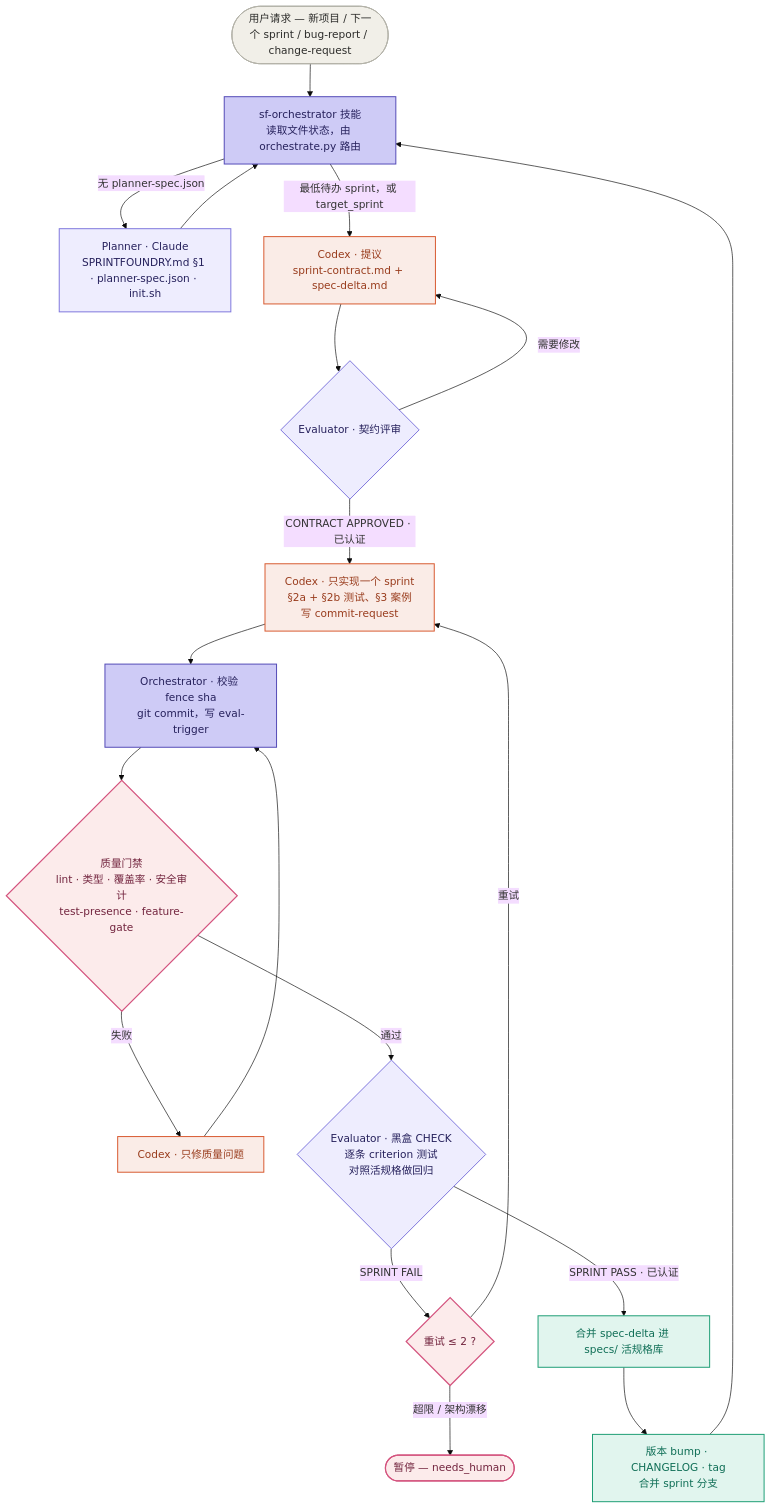
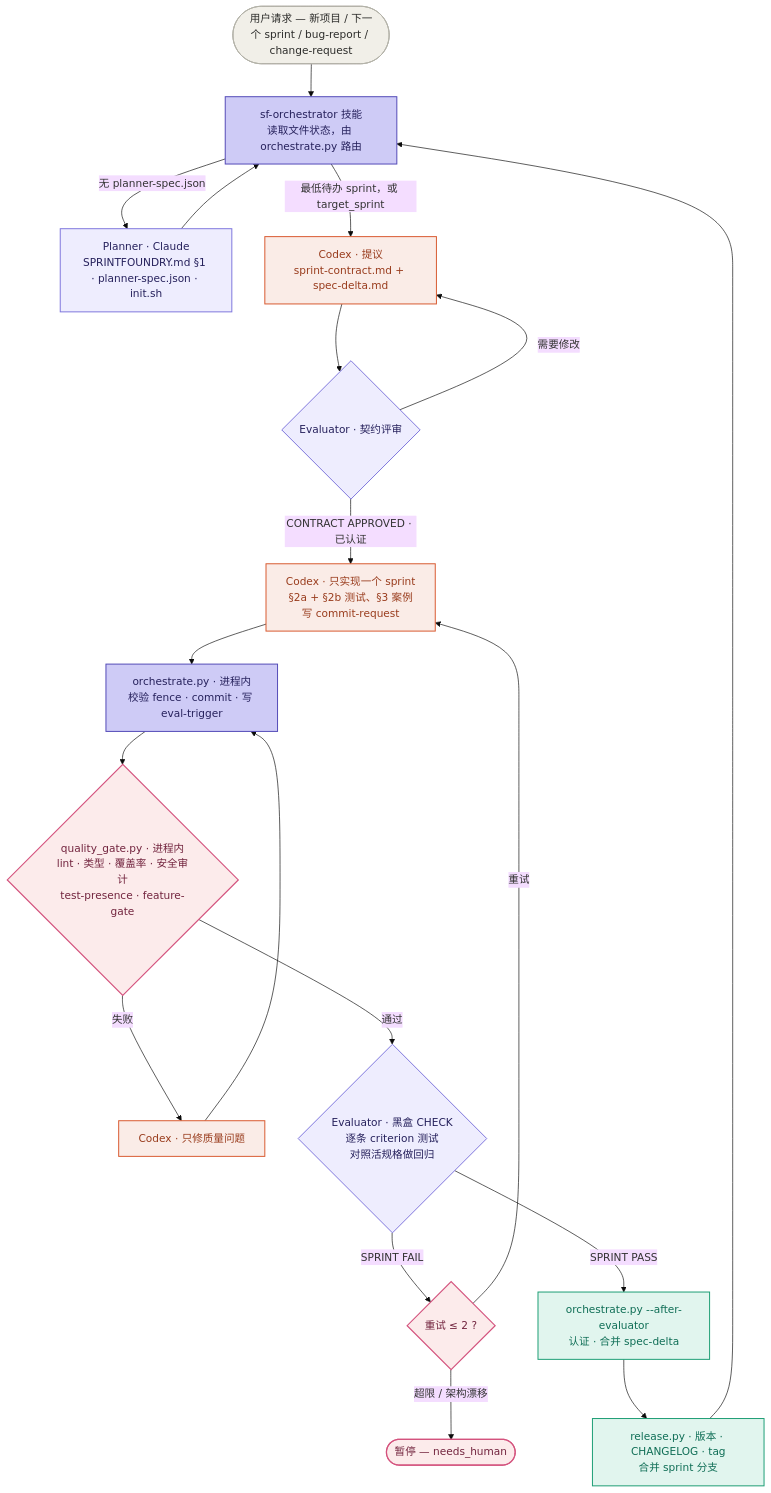
The diagram in README.zh-CN.md (YuSec2021/SprintFoundry), drawn with Mermaid (base theme) before and after one commit. The commit also changed other lines of this file and 1 other file, not shown here.

Commit message:
docs: document v3 execution architecture

````diff
--- a/README.zh-CN.md
+++ b/README.zh-CN.md
@@ -83,43 +95,43 @@
 ```mermaid
 flowchart TD
     U(["用户请求 — 新项目 / 下一个 sprint / bug-report / change-request"]) --> O
 
     O["sf-orchestrator 技能<br/>读取文件状态，由 orchestrate.py 路由"]
 
     O -->|无 planner-spec.json| PL["Planner · Claude<br/>SPRINTFOUNDRY.md §1 · planner-spec.json · init.sh"]
     PL --> O
 
     O -->|最低待办 sprint，或 target_sprint| PC["Codex · 提议<br/>sprint-contract.md + spec-delta.md"]
     PC --> CR{"Evaluator · 契约评审"}
     CR -->|需要修改| PC
     CR -->|CONTRACT APPROVED · 已认证| IM
 
     IM["Codex · 只实现一个 sprint<br/>§2a + §2b 测试、§3 案例<br/>写 commit-request"]
-    IM --> CM["Orchestrator · 校验 fence sha<br/>git commit，写 eval-trigger"]
-    CM --> QG{"质量门禁<br/>lint · 类型 · 覆盖率 · 安全审计<br/>test-presence · feature-gate"}
+    IM --> CM["orchestrate.py · 进程内<br/>校验 fence · commit · 写 eval-trigger"]
+    CM --> QG{"quality_gate.py · 进程内<br/>lint · 类型 · 覆盖率 · 安全审计<br/>test-presence · feature-gate"}
     QG -->|失败| QR["Codex · 只修质量问题"]
     QR --> CM
     QG -->|通过| EV{"Evaluator · 黑盒 CHECK<br/>逐条 criterion 测试<br/>对照活规格做回归"}
 
     EV -->|SPRINT FAIL| RT{"重试 ≤ 2 ?"}
     RT -->|重试| IM
     RT -->|超限 / 架构漂移| HP(["暂停 — needs_human"])
 
-    EV -->|SPRINT PASS · 已认证| MG["合并 spec-delta 进 specs/ 活规格库"]
-    MG --> VB["版本 bump · CHANGELOG · tag<br/>合并 sprint 分支"]
+    EV -->|SPRINT PASS| MG["orchestrate.py --after-evaluator<br/>认证 · 合并 spec-delta"]
+    MG --> VB["release.py · 版本 · CHANGELOG · tag<br/>合并 sprint 分支"]
     VB --> O
 
     classDef claude fill:#EEEDFE,stroke:#7F77DD,stroke-width:1.5px,color:#26215C
     classDef codex fill:#FAECE7,stroke:#D85A30,stroke-width:1.5px,color:#993C1D
     classDef orch fill:#CECBF6,stroke:#534AB7,stroke-width:1.5px,color:#26215C
     classDef gate fill:#FCEBEB,stroke:#D4537E,stroke-width:1.8px,color:#72243E
     classDef good fill:#E1F5EE,stroke:#1D9E75,stroke-width:1.5px,color:#0F6E56
     classDef neutral fill:#F1EFE8,stroke:#B4B2A9,stroke-width:1.4px,color:#2C2C2A
 
     class U neutral
     class O,CM orch
     class PL,CR,EV claude
     class PC,IM,QR codex
     class QG,RT,HP gate
     class MG,VB good
 ```
````
